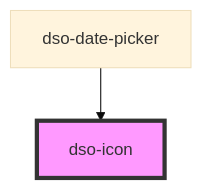
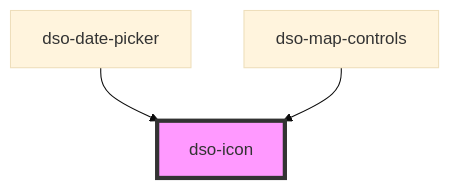
One commit to dso-toolkit/dso-toolkit changed the diagram in packages/core/src/components/icon/readme.md. Above: the diagram before and after it, drawn with Mermaid (base theme). The commit also changed other lines of this file and 28 other files, not shown here.

````diff
--- a/packages/core/src/components/icon/readme.md
+++ b/packages/core/src/components/icon/readme.md
@@ -22,5 +23,6 @@
 ```mermaid
 graph TD;
   dso-date-picker --> dso-icon
+  dso-map-controls --> dso-icon
   style dso-icon fill:#f9f,stroke:#333,stroke-width:4px
 ```
````
